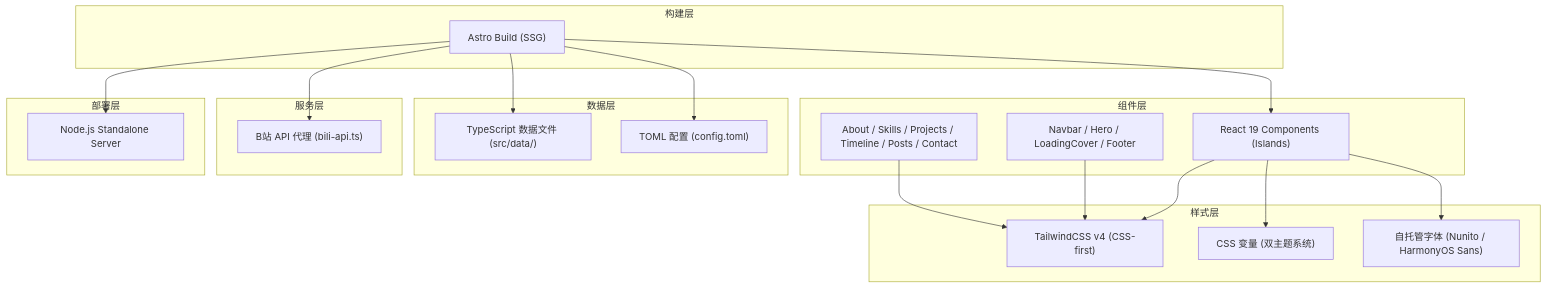
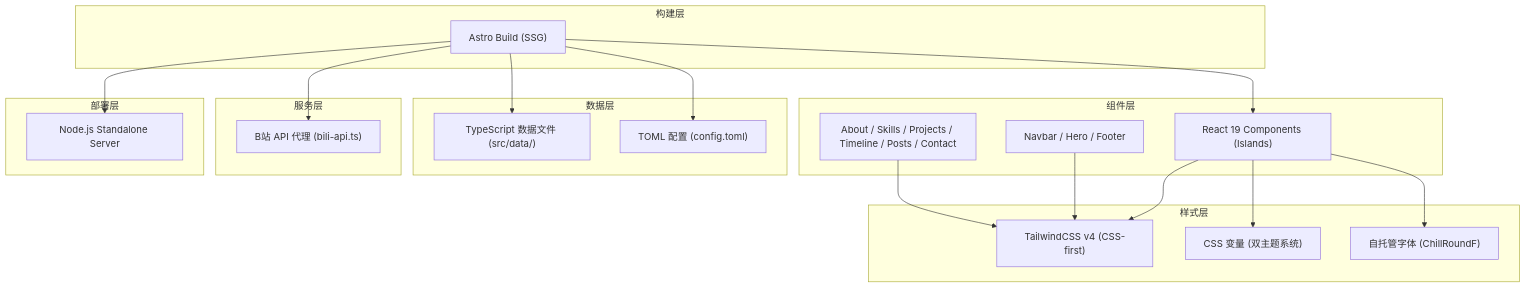
Before and after one commit to YlovexLN/ylove: the diagram in .trae/documents/技术架构.md, drawn with Mermaid. The commit also changed other lines of this file and 17 other files, not shown here.

````diff
--- a/.trae/documents/技术架构.md
+++ b/.trae/documents/技术架构.md
@@ -3,37 +3,37 @@
 ```mermaid
 graph TD
   subgraph "构建层"
     A["Astro Build (SSG)"]
   end
   subgraph "组件层"
     B["React 19 Components (Islands)"]
-    C["Navbar / Hero / LoadingCover / Footer"]
+    C["Navbar / Hero / Footer"]
     D["About / Skills / Projects / Timeline / Posts / Contact"]
   end
   subgraph "样式层"
     E["TailwindCSS v4 (CSS-first)"]
     F["CSS 变量 (双主题系统)"]
-    G["自托管字体 (Nunito / HarmonyOS Sans)"]
+    G["自托管字体 (ChillRoundF)"]
   end
   subgraph "数据层"
     H["TypeScript 数据文件 (src/data/)"]
     I["TOML 配置 (config.toml)"]
   end
   subgraph "服务层"
     J["B站 API 代理 (bili-api.ts)"]
   end
   subgraph "部署层"
     K["Node.js Standalone Server"]
   end
 
   A --> B
   B --> E
   B --> F
   B --> G
   C --> E
   D --> E
   A --> H
   A --> I
   A --> J
   A --> K
 ```
````
